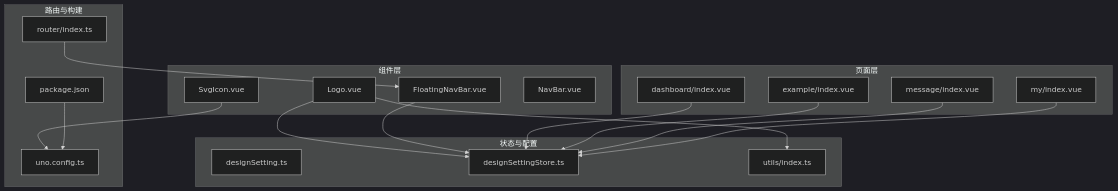
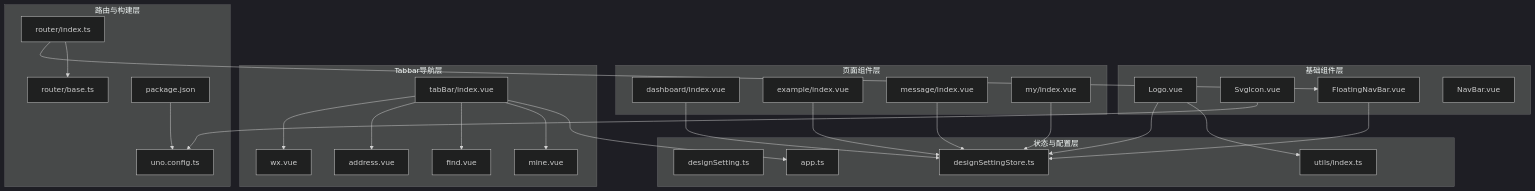
One commit to giserman001/vue3-vant4-mobile changed the first of 10 diagrams in .qoder/repowiki/zh/content/UI组件系统/UI组件系统.md. Above: the diagram before and after it, drawn with Mermaid (dark theme). The commit also changed other lines of this file and 60 other files, not shown here.

````diff
--- a/.qoder/repowiki/zh/content/UI组件系统/UI组件系统.md
+++ b/.qoder/repowiki/zh/content/UI组件系统/UI组件系统.md
@@ -48,35 +66,50 @@
 ```mermaid
 graph TB
-subgraph "组件层"
+subgraph "基础组件层"
 C1["Logo.vue"]
 C2["SvgIcon.vue"]
 C3["FloatingNavBar.vue"]
 C4["NavBar.vue"]
 end
-subgraph "页面层"
+subgraph "页面组件层"
 V1["dashboard/index.vue"]
 V2["example/index.vue"]
 V3["message/index.vue"]
 V4["my/index.vue"]
 end
-subgraph "状态与配置"
+subgraph "Tabbar导航层"
+T1["tabBar/index.vue"]
+T2["wx.vue"]
+T3["address.vue"]
+T4["find.vue"]
+T5["mine.vue"]
+end
+subgraph "状态与配置层"
 S1["designSetting.ts"]
 S2["designSettingStore.ts"]
+S3["app.ts"]
 U1["utils/index.ts"]
 end
-subgraph "路由与构建"
+subgraph "路由与构建层"
 R1["router/index.ts"]
+R2["router/base.ts"]
 P1["package.json"]
 U2["uno.config.ts"]
 end
 C1 --> S2
 C1 --> U1
 C2 --> U2
 C3 --> S2
 V1 --> S2
 V2 --> S2
 V3 --> S2
 V4 --> S2
+T1 --> T2
+T1 --> T3
+T1 --> T4
+T1 --> T5
+T1 --> S3
 R1 --> C3
+R1 --> R2
 P1 --> U2
 ```
````
